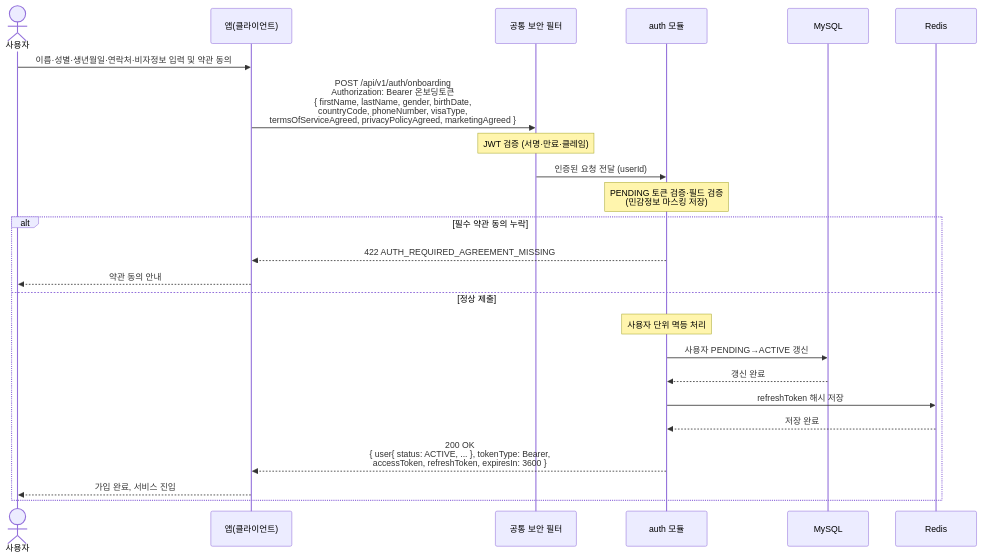
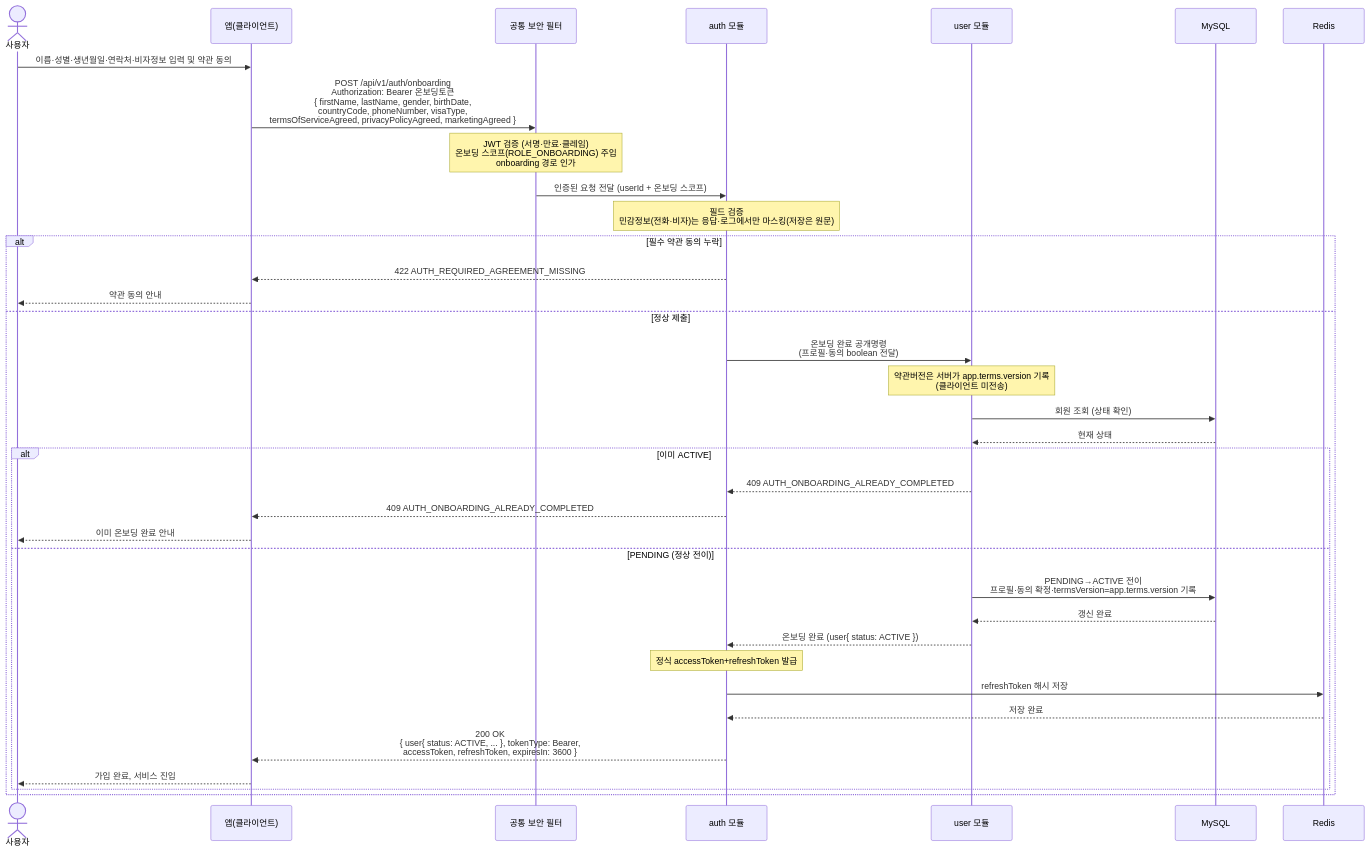
Before and after one commit to jameskim9509/Kohere-backend: the diagram in docs/architecture/sequence-diagrams/01-auth-onboarding/us-1-2-onboarding-submit.md, drawn with Mermaid. The commit also changed other lines of this file and 20 other files, not shown here.

First line of the commit message:
docs: auth-onboarding 결정 ADR(0010-0015)·문서 정합 (#27)

````diff
--- a/docs/architecture/sequence-diagrams/01-auth-onboarding/us-1-2-onboarding-submit.md
+++ b/docs/architecture/sequence-diagrams/01-auth-onboarding/us-1-2-onboarding-submit.md
@@ -5,27 +5,39 @@
 ```mermaid
 sequenceDiagram
     actor U as 사용자
     participant C as 앱(클라이언트)
     participant SEC as 공통 보안 필터
     participant AUTH as auth 모듈
+    participant USER as user 모듈
     participant SQL as MySQL
     participant RDS as Redis
 
     U->>C: 이름·성별·생년월일·연락처·비자정보 입력 및 약관 동의
     C->>SEC: POST /api/v1/auth/onboarding<br/>Authorization: Bearer 온보딩토큰<br/>{ firstName, lastName, gender, birthDate,<br/>countryCode, phoneNumber, visaType,<br/>termsOfServiceAgreed, privacyPolicyAgreed, marketingAgreed }
-    Note over SEC: JWT 검증 (서명·만료·클레임)
-    SEC->>AUTH: 인증된 요청 전달 (userId)
-    Note over AUTH: PENDING 토큰 검증·필드 검증<br/>(민감정보 마스킹 저장)
+    Note over SEC: JWT 검증 (서명·만료·클레임)<br/>온보딩 스코프(ROLE_ONBOARDING) 주입<br/>onboarding 경로 인가
+    SEC->>AUTH: 인증된 요청 전달 (userId + 온보딩 스코프)
+    Note over AUTH: 필드 검증<br/>민감정보(전화·비자)는 응답·로그에서만 마스킹(저장은 원문)
     alt 필수 약관 동의 누락
         AUTH-->>C: 422 AUTH_REQUIRED_AGREEMENT_MISSING
         C-->>U: 약관 동의 안내
     else 정상 제출
-        Note over AUTH: 사용자 단위 멱등 처리
-        AUTH->>SQL: 사용자 PENDING→ACTIVE 갱신
-        SQL-->>AUTH: 갱신 완료
-        AUTH->>RDS: refreshToken 해시 저장
-        RDS-->>AUTH: 저장 완료
-        AUTH-->>C: 200 OK<br/>{ user{ status: ACTIVE, ... }, tokenType: Bearer,<br/>accessToken, refreshToken, expiresIn: 3600 }
-        C-->>U: 가입 완료, 서비스 진입
+        AUTH->>USER: 온보딩 완료 공개명령<br/>(프로필·동의 boolean 전달)
+        Note over USER: 약관버전은 서버가 app.terms.version 기록<br/>(클라이언트 미전송)
+        USER->>SQL: 회원 조회 (상태 확인)
+        SQL-->>USER: 현재 상태
+        alt 이미 ACTIVE
+            USER-->>AUTH: 409 AUTH_ONBOARDING_ALREADY_COMPLETED
+            AUTH-->>C: 409 AUTH_ONBOARDING_ALREADY_COMPLETED
+            C-->>U: 이미 온보딩 완료 안내
+        else PENDING (정상 전이)
+            USER->>SQL: PENDING→ACTIVE 전이<br/>프로필·동의 확정·termsVersion=app.terms.version 기록
+            SQL-->>USER: 갱신 완료
+            USER-->>AUTH: 온보딩 완료 (user{ status: ACTIVE })
+            Note over AUTH: 정식 accessToken+refreshToken 발급
+            AUTH->>RDS: refreshToken 해시 저장
+            RDS-->>AUTH: 저장 완료
+            AUTH-->>C: 200 OK<br/>{ user{ status: ACTIVE, ... }, tokenType: Bearer,<br/>accessToken, refreshToken, expiresIn: 3600 }
+            C-->>U: 가입 완료, 서비스 진입
+        end
     end
 ```
````
